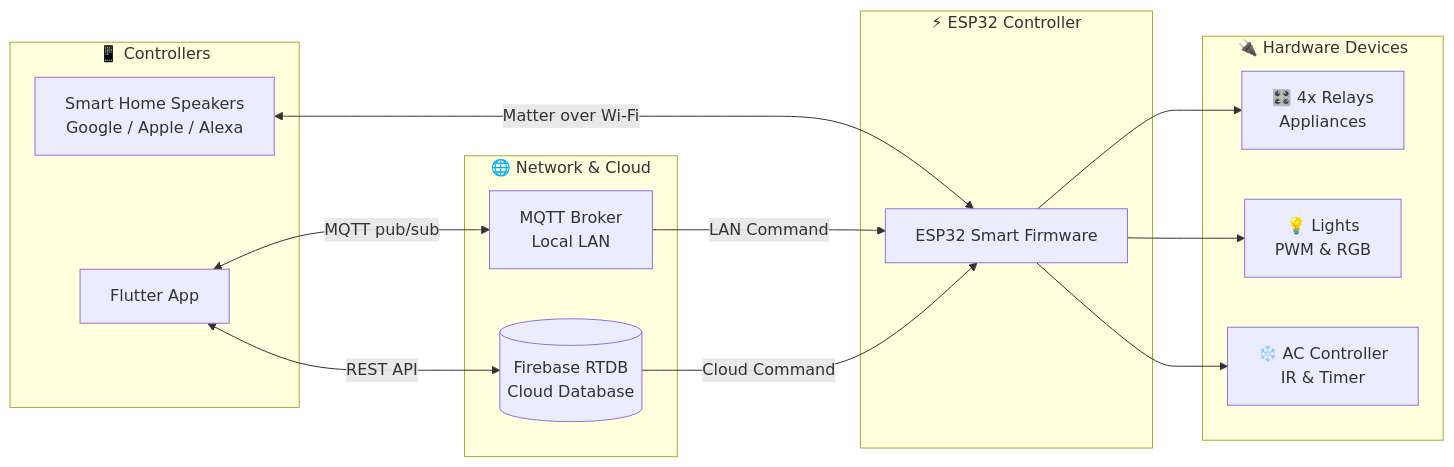
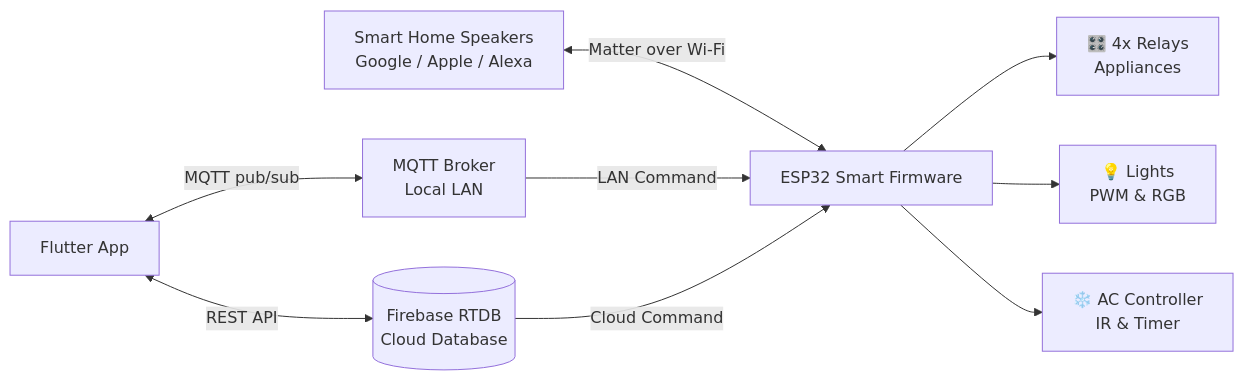
The diagram in README.md (abod8639/smart_home_IoT_idf), drawn with Mermaid before and after one commit.

Commit message:
docs: remove subgraph groupings from architecture diagram in README

````diff
--- a/README.md
+++ b/README.md
@@ -44,34 +44,26 @@
 ```mermaid
 flowchart LR
-    subgraph UI ["📱 Controllers"]
         FA[Flutter App]
         Voice[Smart Home Speakers\nGoogle / Apple / Alexa]
-    end
 
-    subgraph Net ["🌐 Network & Cloud"]
         MQ[MQTT Broker\nLocal LAN]
         FB[(Firebase RTDB\nCloud Database)]
-    end
 
-    subgraph ESP32 ["⚡ ESP32 Controller"]
         ESP[ESP32 Smart Firmware]
-    end
 
-    subgraph HW ["🔌 Hardware Devices"]
         Relays[🎛️ 4x Relays\nAppliances]
         Lights[💡 Lights\nPWM & RGB]
         AC[❄️ AC Controller\nIR & Timer]
-    end
 
     %% Connections
     FA <-->|MQTT pub/sub| MQ
     FA <-->|REST API| FB
     Voice <-->|Matter over Wi-Fi| ESP
     
     MQ -->|LAN Command| ESP
     FB -->|Cloud Command| ESP
     
     ESP --> Relays
     ESP --> Lights
     ESP --> AC
 ```
````
